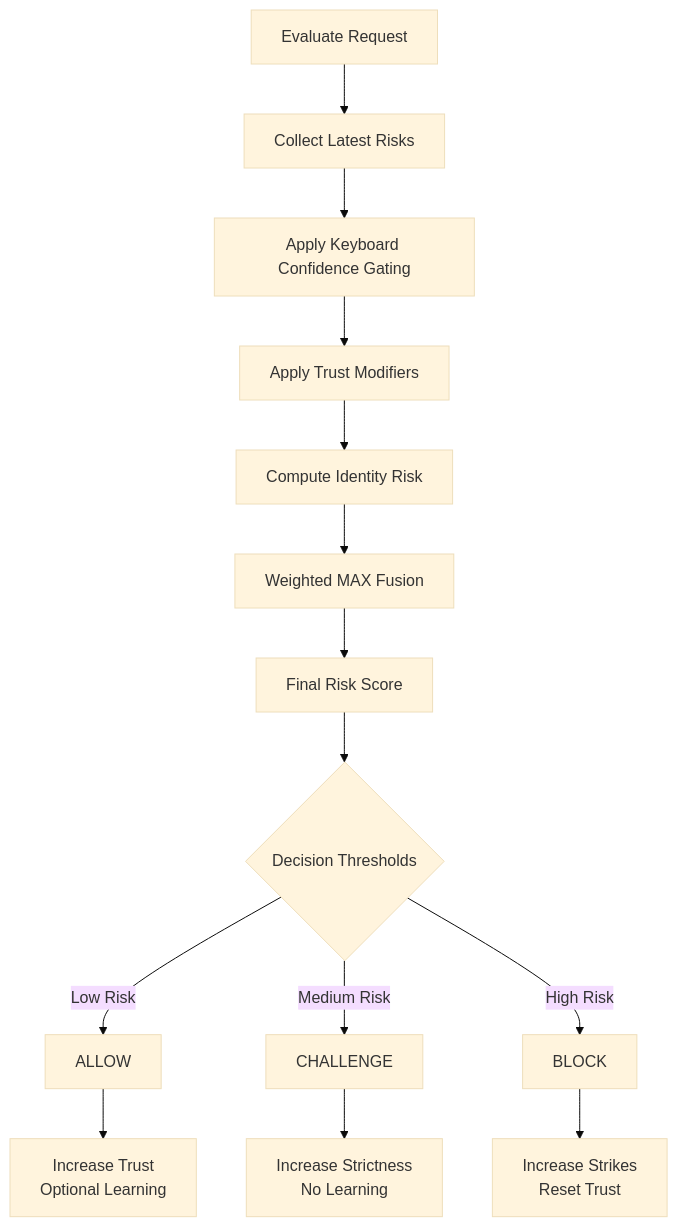
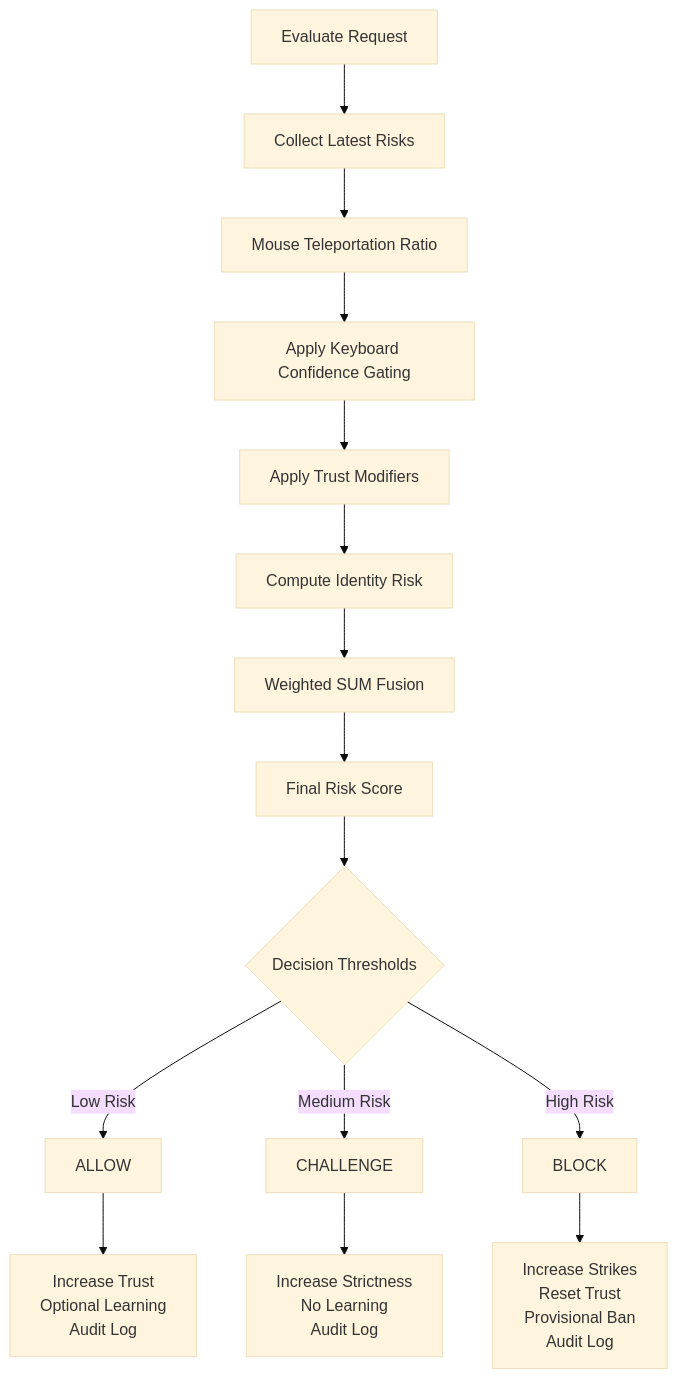
Before and after one commit to OFF-rtk/sentinel-core: the second of 3 diagrams in docs/decision-engine.md, drawn with Mermaid (base theme). The commit also changed other lines of this file and 8 other files, not shown here.

````diff
--- a/docs/decision-engine.md
+++ b/docs/decision-engine.md
@@ -91,22 +95,23 @@
 ```mermaid
 flowchart TD
     Start[Evaluate Request] --> Collect[Collect Latest Risks]
     
-    Collect --> KeyboardGate[Apply Keyboard Confidence Gating]
+    Collect --> TeleportCheck[Mouse Teleportation Ratio]
+    TeleportCheck --> KeyboardGate[Apply Keyboard Confidence Gating]
     KeyboardGate --> TrustAdjust[Apply Trust Modifiers]
     
     TrustAdjust --> IdentityRisk[Compute Identity Risk]
-    IdentityRisk --> Fusion[Weighted MAX Fusion]
+    IdentityRisk --> Fusion[Weighted SUM Fusion]
     
     Fusion --> RiskScore[Final Risk Score]
     
     RiskScore --> DecisionGate{Decision Thresholds}
     
     DecisionGate -- Low Risk --> Allow[ALLOW]
     DecisionGate -- Medium Risk --> Challenge[CHALLENGE]
     DecisionGate -- High Risk --> Block[BLOCK]
     
-    Allow --> AllowPost[Increase Trust<br/>Optional Learning]
-    Challenge --> ChallengePost[Increase Strictness<br/>No Learning]
-    Block --> BlockPost[Increase Strikes<br/>Reset Trust]
+    Allow --> AllowPost["Increase Trust<br/>Optional Learning<br/>Audit Log"]
+    Challenge --> ChallengePost["Increase Strictness<br/>No Learning<br/>Audit Log"]
+    Block --> BlockPost["Increase Strikes<br/>Reset Trust<br/>Provisional Ban<br/>Audit Log"]
 ```
````
